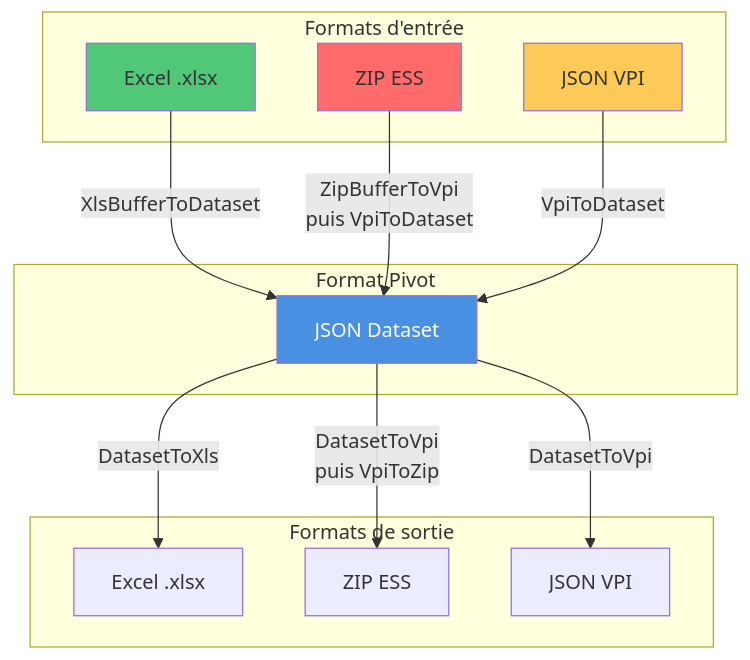
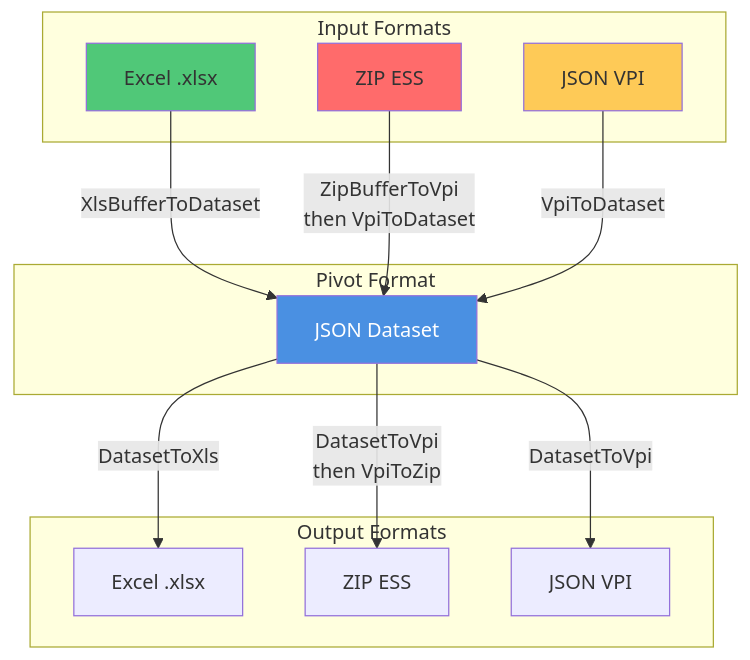
The second of 13 diagrams in vnv-doc-content/blog/posts/Validation procedures.md (infrasoftbe/vnv-doc), drawn with Mermaid before and after one commit. The commit also changed other lines of this file and 9 other files, not shown here.

````diff
--- a/vnv-doc-content/blog/posts/Validation procedures.md
+++ b/vnv-doc-content/blog/posts/Validation procedures.md
@@ -54,31 +54,31 @@
 ```mermaid
 graph TB
-    subgraph "Formats d'entrée"
+    subgraph "Input Formats"
         EXCEL[Excel .xlsx]
         ZIP[ZIP ESS]
         JSON_VPI[JSON VPI]
     end
     
-    subgraph "Format Pivot"
+    subgraph "Pivot Format"
         DATASET[JSON Dataset]
     end
     
-    subgraph "Formats de sortie"
+    subgraph "Output Formats"
         EXCEL_OUT[Excel .xlsx]
         ZIP_OUT[ZIP ESS]
         VPI_OUT[JSON VPI]
     end
     
     EXCEL -->|XlsBufferToDataset| DATASET
-    ZIP -->|ZipBufferToVpi<br/>puis VpiToDataset| DATASET
+    ZIP -->|ZipBufferToVpi<br/>then VpiToDataset| DATASET
     JSON_VPI -->|VpiToDataset| DATASET
     
     DATASET -->|DatasetToXls| EXCEL_OUT
-    DATASET -->|DatasetToVpi<br/>puis VpiToZip| ZIP_OUT
+    DATASET -->|DatasetToVpi<br/>then VpiToZip| ZIP_OUT
     DATASET -->|DatasetToVpi| VPI_OUT
     
     style DATASET fill:#4a90e2,color:#fff
     style EXCEL fill:#50c878
     style ZIP fill:#ff6b6b
     style JSON_VPI fill:#feca57
 ```
````
